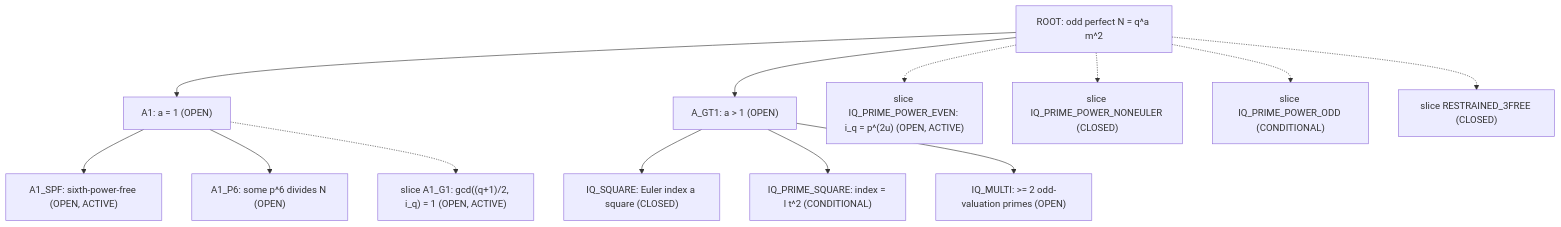
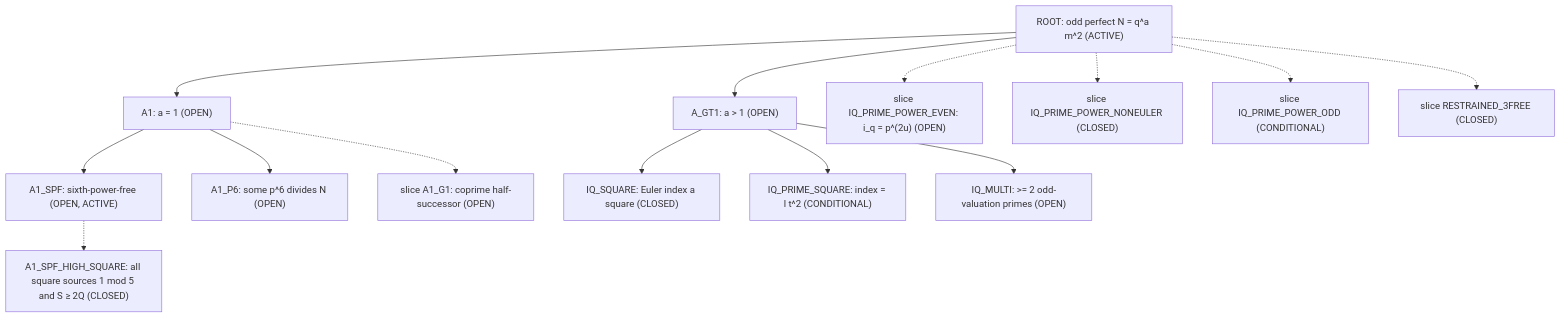
Before and after one commit to Rob1Ham/odd_perfect_number: the diagram in research/BRANCH_MAP.md, drawn with Mermaid. The commit also changed other lines of this file and 26 other files, not shown here.

Commit message:
Prove a sixth-power-free residue capacity bound and reorient the research roadmap

````diff
--- a/research/BRANCH_MAP.md
+++ b/research/BRANCH_MAP.md
@@ -21,15 +21,16 @@
 ```mermaid
 flowchart TD
-  ROOT["ROOT: odd perfect N = q^a m^2"] --> A1["A1: a = 1 (OPEN)"]
+  ROOT["ROOT: odd perfect N = q^a m^2 (ACTIVE)"] --> A1["A1: a = 1 (OPEN)"]
   ROOT --> AG["A_GT1: a > 1 (OPEN)"]
   A1 --> SPF["A1_SPF: sixth-power-free (OPEN, ACTIVE)"]
+  SPF -.-> HS["A1_SPF_HIGH_SQUARE: all square sources 1 mod 5 and S ≥ 2Q (CLOSED)"]
   A1 --> P6["A1_P6: some p^6 divides N (OPEN)"]
   AG --> SQ["IQ_SQUARE: Euler index a square (CLOSED)"]
   AG --> PS["IQ_PRIME_SQUARE: index = l t^2 (CONDITIONAL)"]
   AG --> MU["IQ_MULTI: >= 2 odd-valuation primes (OPEN)"]
-  A1 -.-> G1["slice A1_G1: gcd((q+1)/2, i_q) = 1 (OPEN, ACTIVE)"]
-  ROOT -.-> PPE["slice IQ_PRIME_POWER_EVEN: i_q = p^(2u) (OPEN, ACTIVE)"]
+  A1 -.-> G1["slice A1_G1: coprime half-successor (OPEN)"]
+  ROOT -.-> PPE["slice IQ_PRIME_POWER_EVEN: i_q = p^(2u) (OPEN)"]
   ROOT -.-> PPN["slice IQ_PRIME_POWER_NONEULER (CLOSED)"]
   ROOT -.-> PPO["slice IQ_PRIME_POWER_ODD (CONDITIONAL)"]
   ROOT -.-> R3["slice RESTRAINED_3FREE (CLOSED)"]
 ```
````
